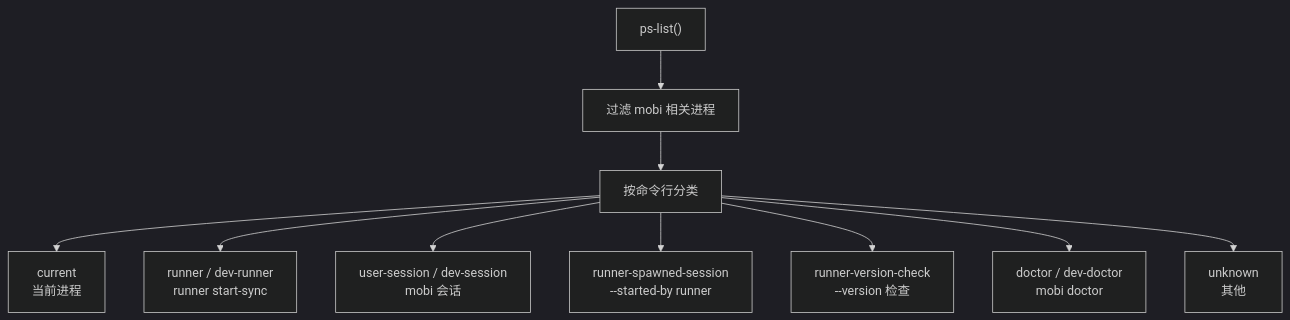
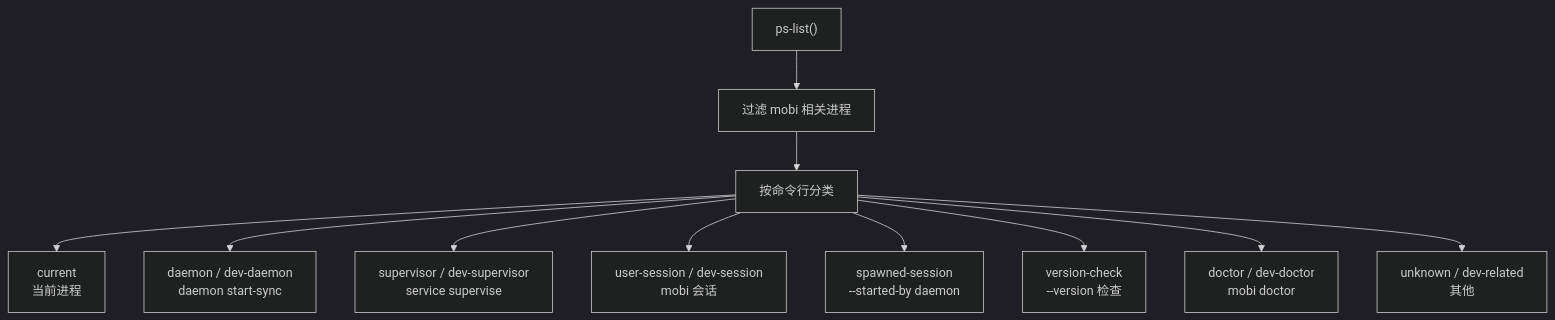
One commit to ModuBit/mobi changed the third of 4 diagrams in docs/architecture/cli/commands/doctor/README.md. Above: the diagram before and after it, drawn with Mermaid (dark theme). The commit also changed other lines of this file and 86 other files, not shown here.

````diff
--- a/docs/architecture/cli/commands/doctor/README.md
+++ b/docs/architecture/cli/commands/doctor/README.md
@@ -119,13 +89,14 @@
 ```mermaid
 flowchart TB
     Start["ps-list()"] --> Filter["过滤 mobi 相关进程"]
     Filter --> Classify["按命令行分类"]
 
     Classify --> Current["current<br/>当前进程"]
-    Classify --> Runner["runner / dev-runner<br/>runner start-sync"]
+    Classify --> Daemon["daemon / dev-daemon<br/>daemon start-sync"]
+    Classify --> Supervisor["supervisor / dev-supervisor<br/>service supervise"]
     Classify --> Session["user-session / dev-session<br/>mobi 会话"]
-    Classify --> Spawned["runner-spawned-session<br/>--started-by runner"]
-    Classify --> Version["runner-version-check<br/>--version 检查"]
+    Classify --> Spawned["spawned-session<br/>--started-by daemon"]
+    Classify --> Version["version-check<br/>--version 检查"]
     Classify --> Doctor["doctor / dev-doctor<br/>mobi doctor"]
-    Classify --> Unknown["unknown<br/>其他"]
+    Classify --> Unknown["unknown / dev-related<br/>其他"]
 ```
````
